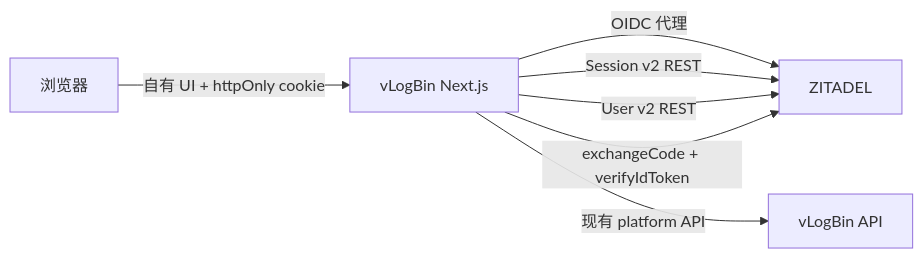
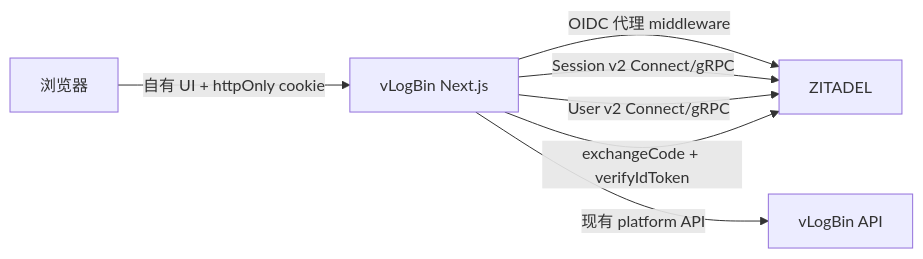
One commit to OpenCore-Hub/vLogBin changed the first of 2 diagrams in docs/SPEC-Custom-Login-Session-API.md. Above: the diagram before and after it, drawn with Mermaid. The commit also changed other lines of this file and 1 other file, not shown here.

````diff
--- a/docs/SPEC-Custom-Login-Session-API.md
+++ b/docs/SPEC-Custom-Login-Session-API.md
@@ -107,9 +138,9 @@
 ```mermaid
 flowchart LR
     U[浏览器] -->|自有 UI + httpOnly cookie| W[vLogBin Next.js]
-    W -->|OIDC 代理| Z[ZITADEL]
-    W -->|Session v2 REST| Z
-    W -->|User v2 REST| Z
+    W -->|OIDC 代理 middleware| Z[ZITADEL]
+    W -->|Session v2 Connect/gRPC| Z
+    W -->|User v2 Connect/gRPC| Z
     W -->|现有 platform API| A[vLogBin API]
     W -->|exchangeCode + verifyIdToken| Z
 ```
````
